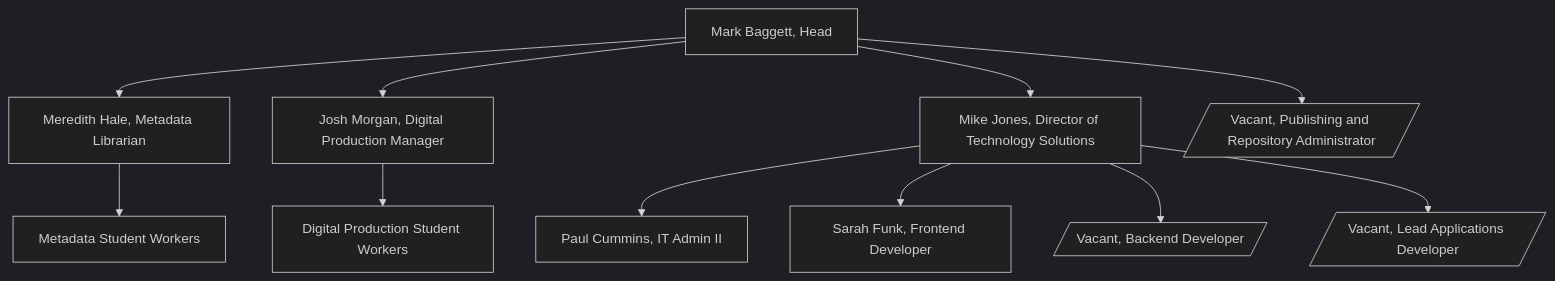
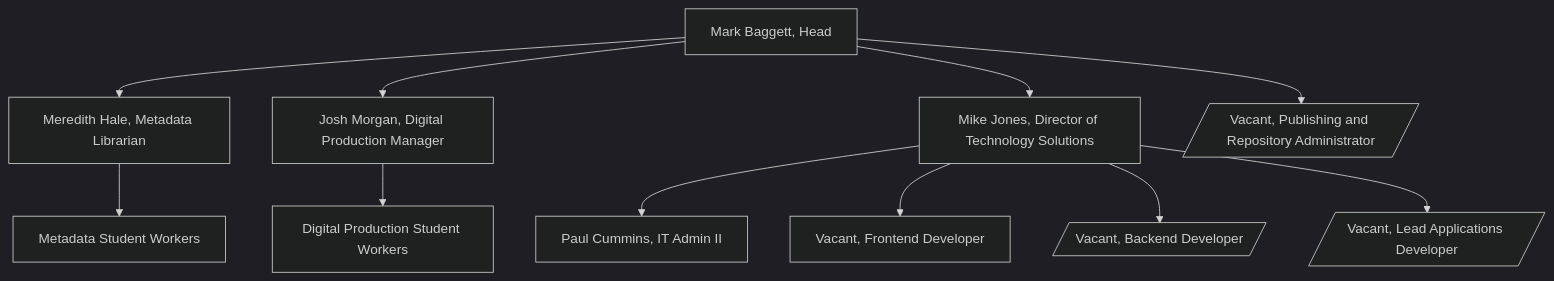
The diagram in profile/README.md (utkdigitalinitiatives/.github), drawn with Mermaid (dark theme) before and after one commit. The commit also changed other lines of this file, not shown here.

Commit message:
Remove Sarah and recognize former alumni.

````diff
--- a/profile/README.md
+++ b/profile/README.md
@@ -26,14 +35,14 @@
 ```mermaid
 
 graph TD
     MB[Mark Baggett, Head] --> MH[Meredith Hale, Metadata Librarian]
     MB[Mark Baggett, Head] --> JM[Josh Morgan, Digital Production Manager]
     MB[Mark Baggett, Head] --> MJ[Mike Jones, Director of Technology Solutions]
     MB[Mark Baggett, Head] --> PRA[/Vacant, Publishing and Repository Administrator/]
     MJ[Mike Jones, Director of Technology Solutions] --> PC[Paul Cummins, IT Admin II]
-    MJ[Mike Jones, Director of Technology Solutions] --> SF[Sarah Funk, Frontend Developer]
+    MJ[Mike Jones, Director of Technology Solutions] --> SF[Vacant, Frontend Developer]
     MJ[Mike Jones, Director of Technology Solutions] --> BED[/Vacant, Backend Developer/]
     MJ[Mike Jones, Director of Technology Solutions] --> LAD[/Vacant, Lead Applications Developer/]
     MH[Meredith Hale, Metadata Librarian] --> MS[Metadata Student Workers]
     JM[Josh Morgan, Digital Production Manager] --> DPS[Digital Production Student Workers]
 ```
````
